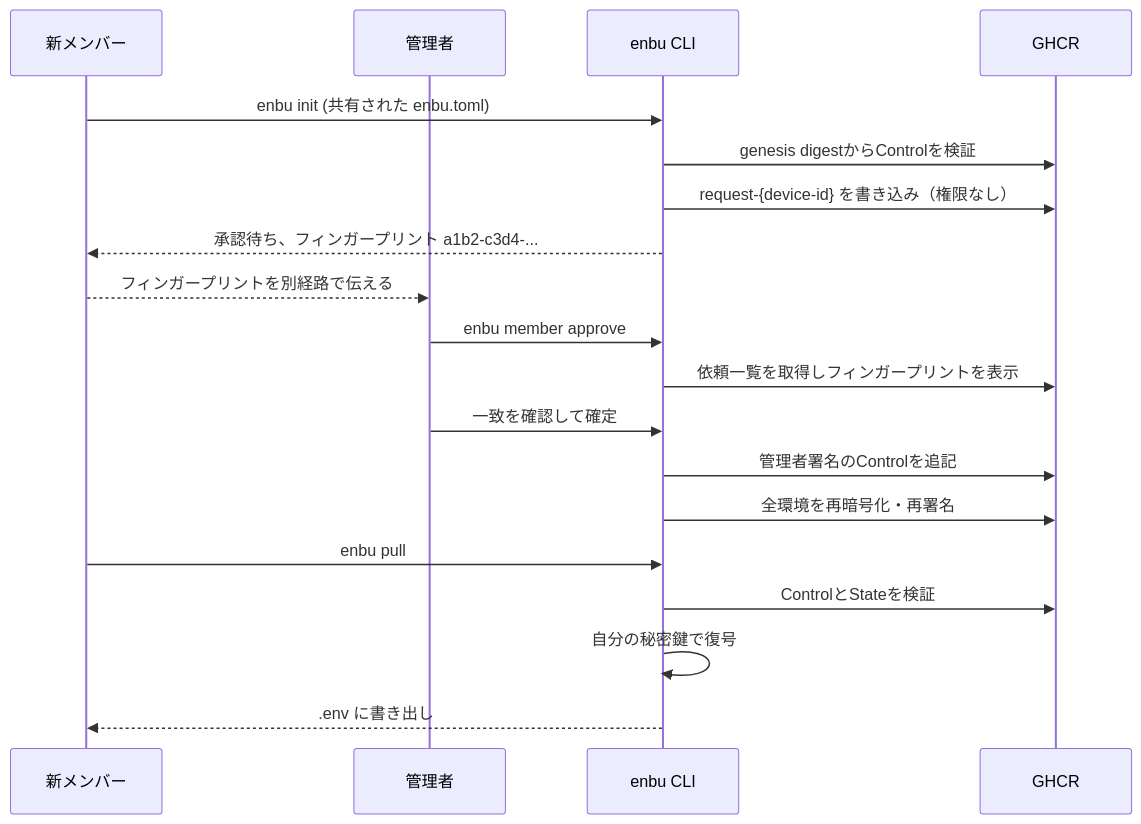
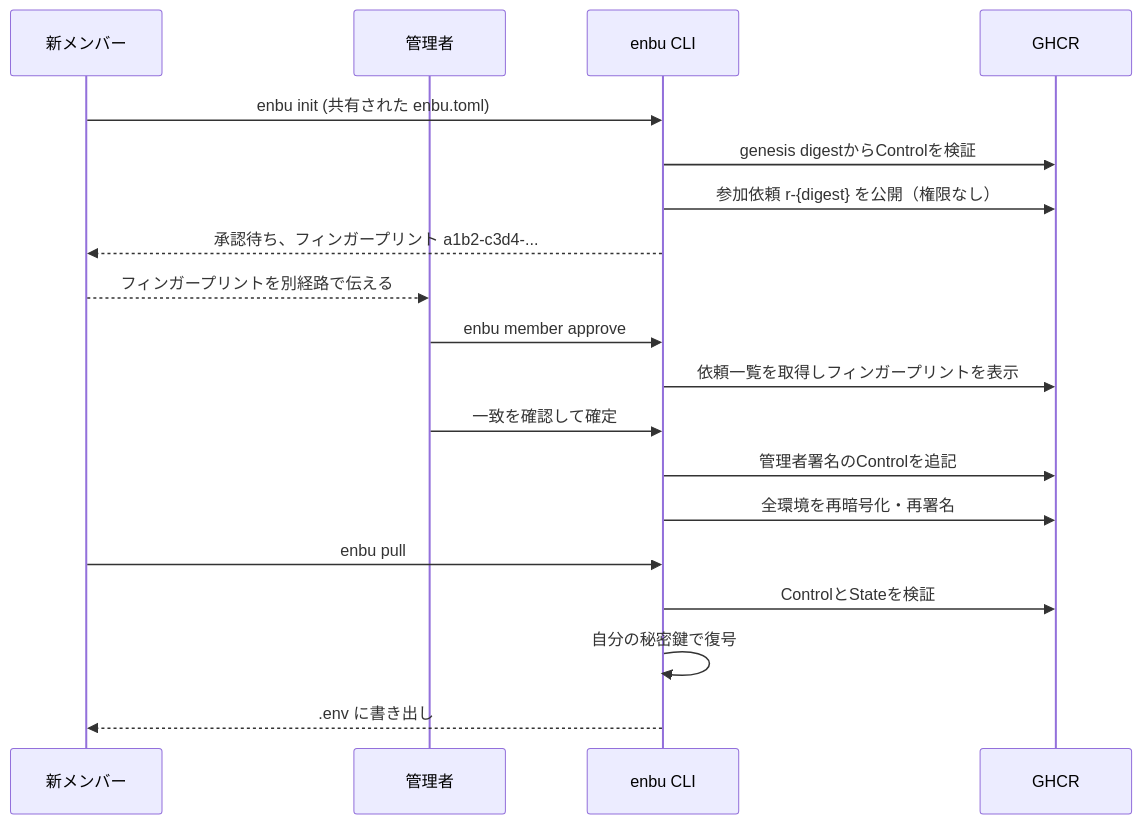
One commit to enbu-net/enbu changed the third of 3 diagrams in README.ja.md. Above: the diagram before and after it, drawn with Mermaid. The commit also changed other lines of this file and 7 other files, not shown here.

````diff
--- a/README.ja.md
+++ b/README.ja.md
@@ -386,24 +394,24 @@
 ```mermaid
 sequenceDiagram
     participant New as 新メンバー
     participant Admin as 管理者
     participant CLI as enbu CLI
     participant GHCR as GHCR
 
     New->>CLI: enbu init (共有された enbu.toml)
     CLI->>GHCR: genesis digestからControlを検証
-    CLI->>GHCR: request-{device-id} を書き込み（権限なし）
+    CLI->>GHCR: 参加依頼 r-{digest} を公開（権限なし）
     CLI-->>New: 承認待ち、フィンガープリント a1b2-c3d4-...
 
     New-->>Admin: フィンガープリントを別経路で伝える
     Admin->>CLI: enbu member approve
     CLI->>GHCR: 依頼一覧を取得しフィンガープリントを表示
     Admin->>CLI: 一致を確認して確定
     CLI->>GHCR: 管理者署名のControlを追記
     CLI->>GHCR: 全環境を再暗号化・再署名
 
     New->>CLI: enbu pull
     CLI->>GHCR: ControlとStateを検証
     CLI->>CLI: 自分の秘密鍵で復号
     CLI-->>New: .env に書き出し
 ```
````
